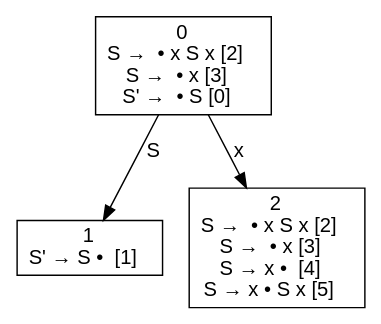
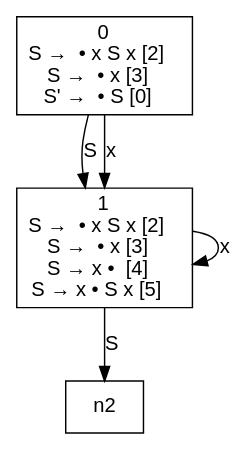
The diagram in PleaseWork/PleaseWork/sr.txt.dfa.dot (dragonsarebest/Compiler), drawn with Graphviz before and after one commit. The commit also changed 9 other files, not shown here.

```diff
--- a/PleaseWork/PleaseWork/sr.txt.dfa.dot
+++ b/PleaseWork/PleaseWork/sr.txt.dfa.dot
@@ -1,9 +1,10 @@
 digraph d{
 node [fontname=Helvetica,shape=box];
 edge [fontname=Helvetica];
 n0 [label=<0<br />S →  • x S x [2]<br />S →  • x [3]<br />S' →  • S [0]>];
-n1 [label=<1<br />S' → S •  [1]>];
-n2 [label=<2<br />S →  • x S x [2]<br />S →  • x [3]<br />S → x •  [4]<br />S → x • S x [5]>];
+n1 [label=<1<br />S →  • x S x [2]<br />S →  • x [3]<br />S → x •  [4]<br />S → x • S x [5]>];
 n0 -> n1 [label="S"];
-n0 -> n2 [label="x"];
+n0 -> n1 [label="x"];
+n1 -> n2 [label="S"];
+n1 -> n1 [label="x"];
 }
```
